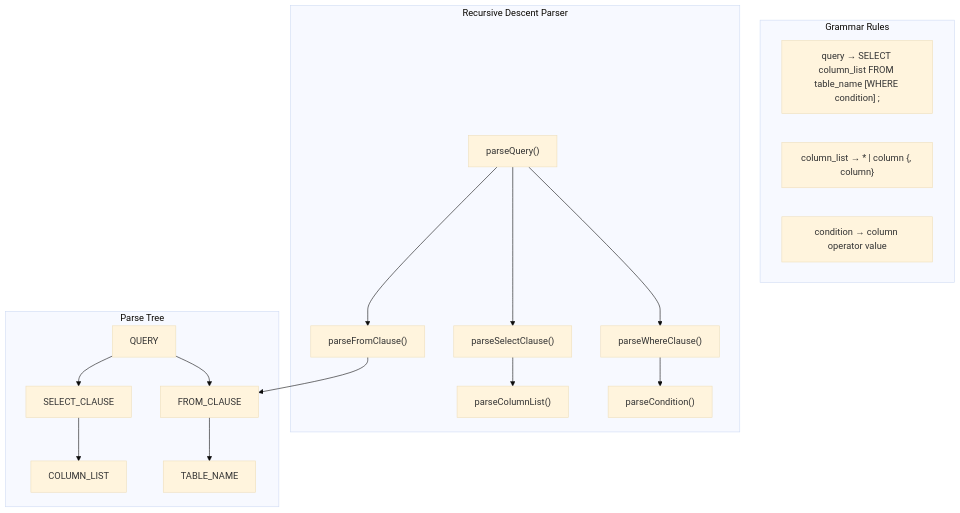
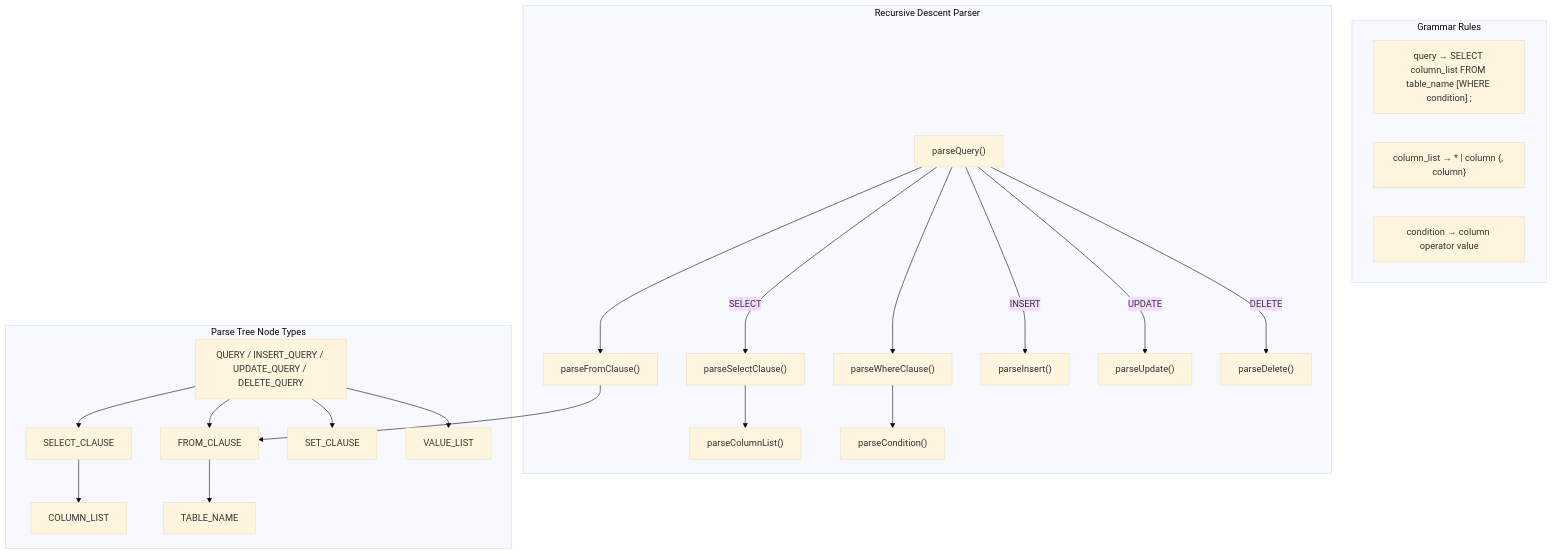
One commit to Abhishek-Singh-Rawat-Dev/mini-sql-compiler changed the fourth of 7 diagrams in docs/FLOWCHART.md. Above: the diagram before and after it, drawn with Mermaid (base theme). The commit also changed other lines of this file and 15 other files, not shown here.

````diff
--- a/docs/FLOWCHART.md
+++ b/docs/FLOWCHART.md
@@ -140,32 +186,42 @@
 ```mermaid
 flowchart TD
     subgraph Grammar["Grammar Rules"]
         R1["query → SELECT column_list FROM table_name [WHERE condition] ;"]
         R2["column_list → * | column {, column}"]
         R3["condition → column operator value"]
     end
     
     subgraph Parser["Recursive Descent Parser"]
         A["parseQuery()"]
         B["parseSelectClause()"]
         C["parseColumnList()"]
         D["parseFromClause()"]
         E["parseWhereClause()"]
         F["parseCondition()"]
+        G["parseInsert()"]
+        H["parseUpdate()"]
+        I["parseDelete()"]
     end
     
-    subgraph Tree["Parse Tree"]
-        T1["QUERY"]
+    subgraph Tree["Parse Tree Node Types"]
+        T1["QUERY / INSERT_QUERY / UPDATE_QUERY / DELETE_QUERY"]
         T2["SELECT_CLAUSE"]
         T3["COLUMN_LIST"]
         T4["FROM_CLAUSE"]
         T5["TABLE_NAME"]
+        T6["SET_CLAUSE"]
+        T7["VALUE_LIST"]
     end
     
-    A --> B --> C
+    A -->|SELECT| B --> C
+    A -->|INSERT| G
+    A -->|UPDATE| H
+    A -->|DELETE| I
     A --> D --> T4 --> T5
     A --> E --> F
     
     T1 --> T2 --> T3
     T1 --> T4
+    T1 --> T6
+    T1 --> T7
 ```
````
